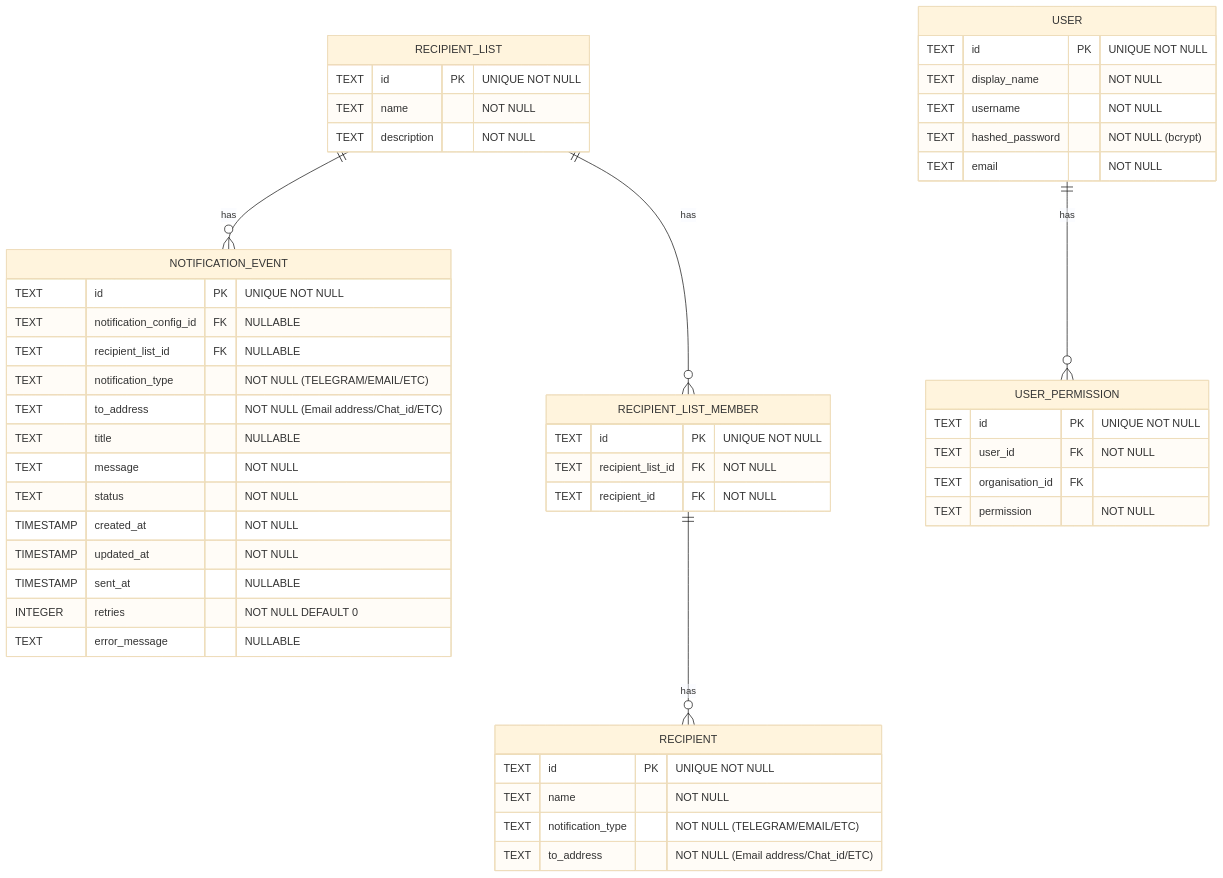
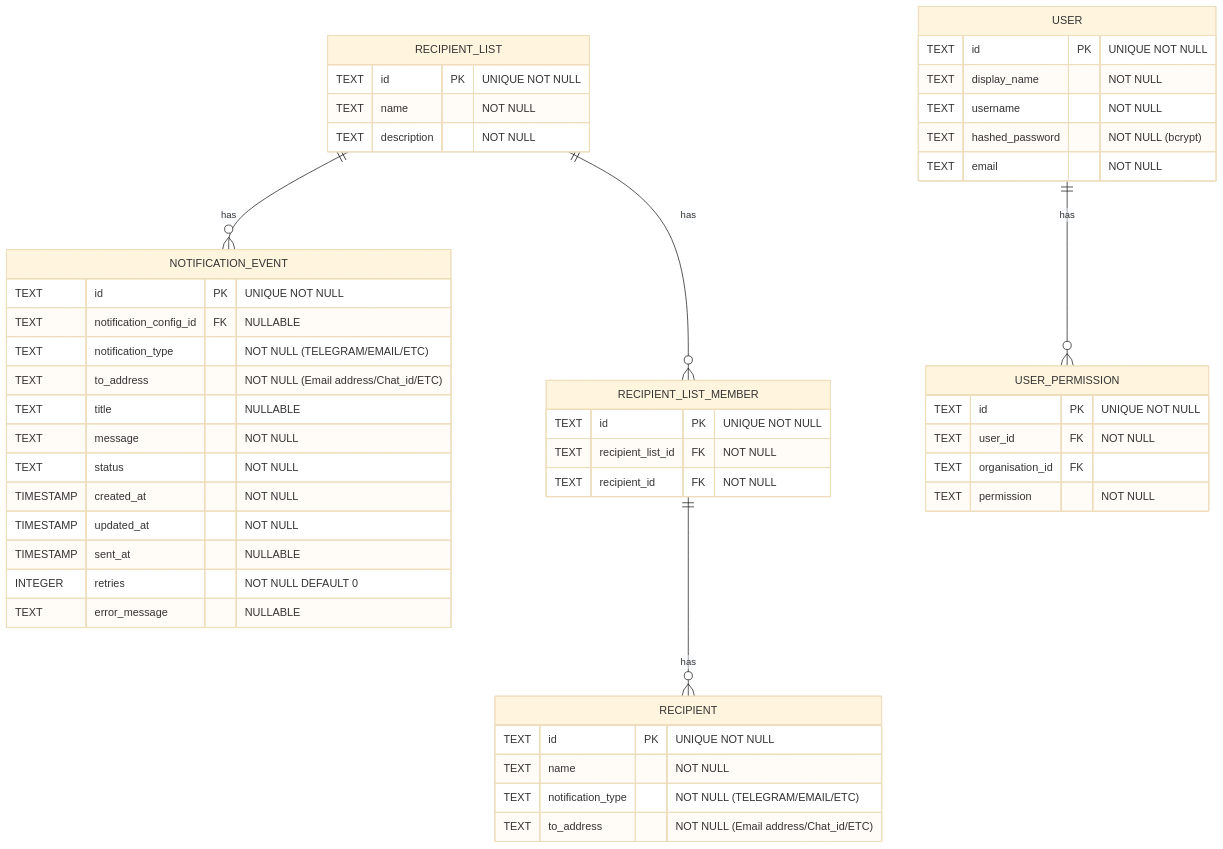
The diagram in docs/schema.md (openmsupply/notify), drawn with Mermaid (base theme) before and after one commit. The commit also changed 1 other file, not shown here.

Commit message:
Cleanups

````diff
--- a/docs/schema.md
+++ b/docs/schema.md
@@ -10,51 +10,50 @@
 ```mermaid
 erDiagram
     NOTIFICATION_EVENT {
         TEXT id PK "UNIQUE NOT NULL"
         TEXT notification_config_id FK "NULLABLE"
-        TEXT recipient_list_id FK "NULLABLE"
         TEXT notification_type "NOT NULL (TELEGRAM/EMAIL/ETC)"
         TEXT to_address "NOT NULL (Email address/Chat_id/ETC)"
         TEXT title "NULLABLE"
         TEXT message "NOT NULL"
         TEXT status "NOT NULL"
         TIMESTAMP created_at "NOT NULL"
         TIMESTAMP updated_at "NOT NULL"
         TIMESTAMP sent_at "NULLABLE"
         INTEGER retries "NOT NULL DEFAULT 0"
         TEXT error_message "NULLABLE"
     }
     RECIPIENT_LIST {
         TEXT id PK "UNIQUE NOT NULL"
         TEXT name "NOT NULL"
         TEXT description "NOT NULL"
     }
     RECIPIENT_LIST_MEMBER {
         TEXT id PK "UNIQUE NOT NULL"
         TEXT recipient_list_id FK "NOT NULL"
         TEXT recipient_id FK "NOT NULL"
     }
     RECIPIENT {
         TEXT id PK "UNIQUE NOT NULL"
         TEXT name "NOT NULL"
         TEXT notification_type "NOT NULL (TELEGRAM/EMAIL/ETC)"
         TEXT to_address "NOT NULL (Email address/Chat_id/ETC)"
     }
     USER {
 	    TEXT id PK "UNIQUE NOT NULL"
 	    TEXT display_name "NOT NULL"
         TEXT username  "NOT NULL"
         TEXT hashed_password "NOT NULL (bcrypt)"
         TEXT email "NOT NULL"
     }
     USER_PERMISSION {
 	    TEXT id PK "UNIQUE NOT NULL"
         TEXT user_id FK "NOT NULL"
         TEXT organisation_id FK ""
 	    TEXT permission "NOT NULL"
     }
     RECIPIENT_LIST ||--o{ NOTIFICATION_EVENT : has
     RECIPIENT_LIST ||--o{ RECIPIENT_LIST_MEMBER : has
     RECIPIENT_LIST_MEMBER ||--o{ RECIPIENT : has
     USER ||--o{ USER_PERMISSION : has
 ```
````
